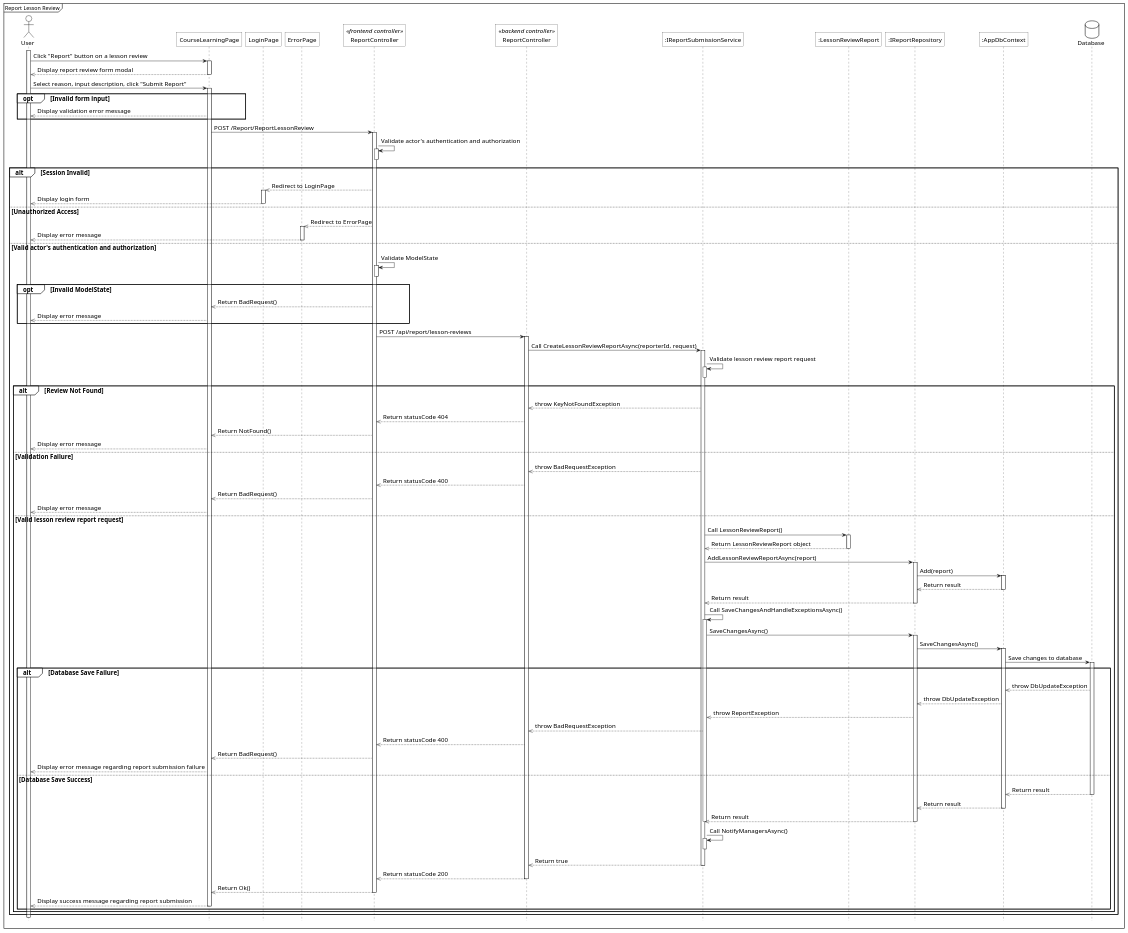
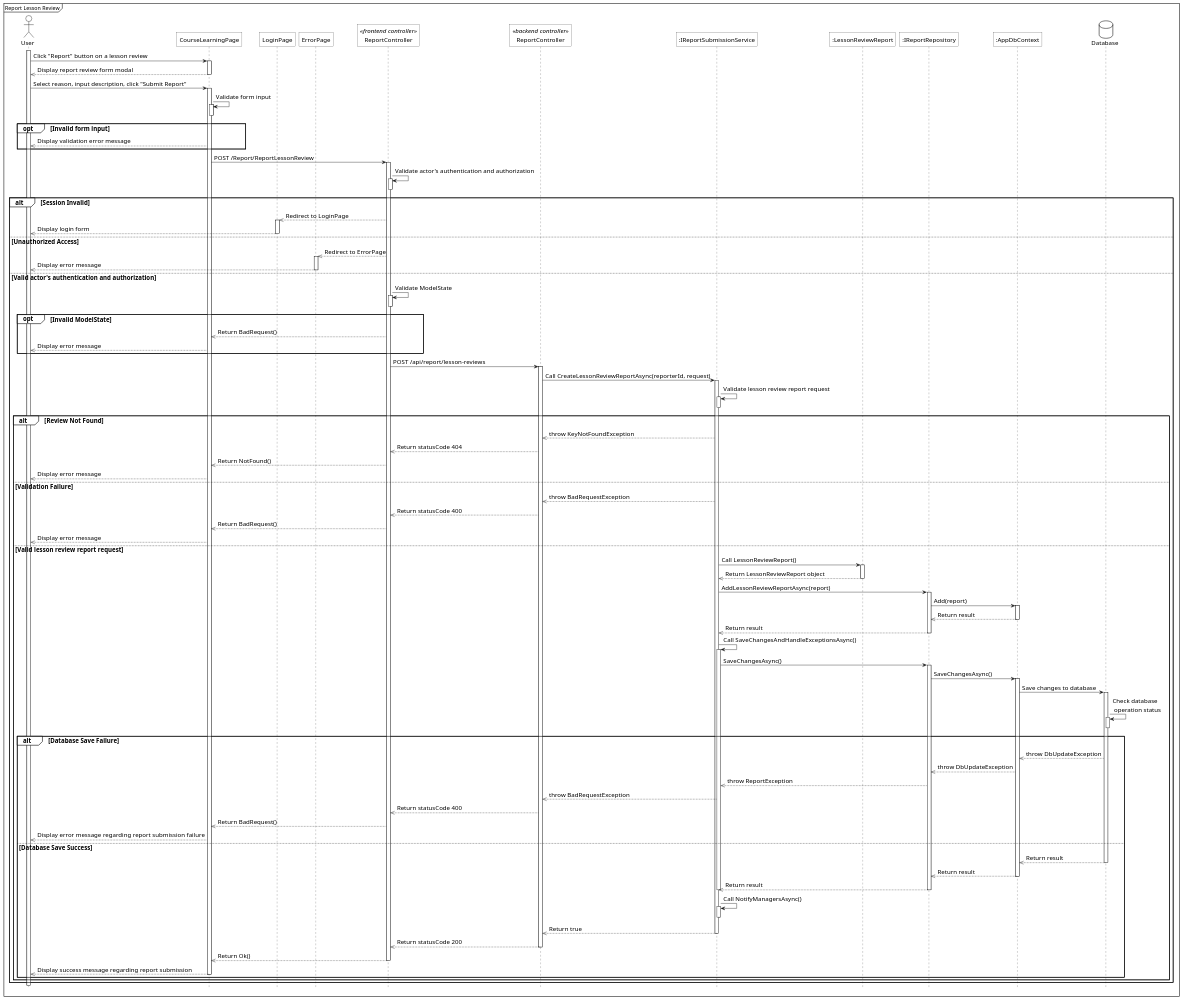
Before and after one commit to 1000do/Linked: the diagram in diagrams/sequence/report/report_a_review/sq_report_lesson_review.plantuml, drawn with PlantUML. The commit also changed 22 other files, not shown here.

Commit message:
update sequence of report, models, publish course

```diff
--- a/diagrams/sequence/report/report_a_review/sq_report_lesson_review.plantuml
+++ b/diagrams/sequence/report/report_a_review/sq_report_lesson_review.plantuml
@@ -1,142 +1,144 @@
 @startuml 
 <style>
     sequenceDiagram{
         FontSize 16
 
         arrow {
             ' Set the maximum width of the text on arrows
             MaximumWidth 300
 
         }
         actor{
             BackgroundColor white
             LineThickness 1.0
         }
         participant{
             BackgroundColor white
             RoundCorner 0
         }
         database{
             BackgroundColor white
         }
         groupHeader{
             BackgroundColor white
         }
         referenceHeader{
             BackgroundColor white
         }
         reference{
             BackgroundColor white
         }
     }
 </style>
 
 hide footbox
 mainframe Report Lesson Review
 
 actor User as act
 participant "CourseLearningPage" as view
 participant "LoginPage" as login_view
 participant "ErrorPage" as error_view
 participant "ReportController" as fe_ctrl <<frontend controller>>
 participant "ReportController" as be_ctrl <<backend controller>>
 participant ":IReportSubmissionService" as sv
 participant ":LessonReviewReport" as ett
 participant ":IReportRepository" as repo
 participant ":AppDbContext" as ctx
 database Database as db
 
 act ++
 act -> view++: Click "Report" button on a lesson review
 view -->> act: Display report review form modal
 view--
 
 act -> view++: Select reason, input description, click "Submit Report"
-
+view -> view++: Validate form input
+view--
 opt Invalid form input
     view -->> act: Display validation error message
 end
 
 view -> fe_ctrl++: POST /Report/ReportLessonReview
 
 fe_ctrl -> fe_ctrl++: Validate actor's authentication and authorization
 fe_ctrl--
 
 alt Session Invalid
     fe_ctrl -->> login_view: Redirect to LoginPage
     activate login_view
     login_view -->> act--: Display login form
 else Unauthorized Access
     fe_ctrl -->> error_view: Redirect to ErrorPage
     activate error_view
     error_view -->> act--: Display error message
 else Valid actor's authentication and authorization
     fe_ctrl -> fe_ctrl++: Validate ModelState
     fe_ctrl--
     
     opt Invalid ModelState
         fe_ctrl -->> view: Return BadRequest()
         view -->> act: Display error message
     end
 
     fe_ctrl -> be_ctrl++: POST /api/report/lesson-reviews
     be_ctrl -> sv++: Call CreateLessonReviewReportAsync(reporterId, request)
     
     sv -> sv++: Validate lesson review report request
     sv--
     
     alt Review Not Found
         sv -->> be_ctrl: throw KeyNotFoundException
         be_ctrl -->> fe_ctrl: Return statusCode 404
         fe_ctrl -->> view: Return NotFound()
         view -->> act: Display error message
     else Validation Failure
         sv -->> be_ctrl: throw BadRequestException
         be_ctrl -->> fe_ctrl: Return statusCode 400
         fe_ctrl -->> view: Return BadRequest()
         view -->> act: Display error message
     else Valid lesson review report request
         sv -> ett++: Call LessonReviewReport()
         ett -->> sv--: Return LessonReviewReport object
 
         sv -> repo++: AddLessonReviewReportAsync(report)
         repo -> ctx++: Add(report)
         ctx -->> repo: Return result
         ctx--
         repo -->> sv: Return result
         repo--
         
         sv -> sv++: Call SaveChangesAndHandleExceptionsAsync()
         sv -> repo++: SaveChangesAsync()
         repo -> ctx++: SaveChangesAsync()
         ctx -> db++: Save changes to database
-        
+        db -> db++: Check database\n operation status
+        db--
         alt Database Save Failure
             db -->> ctx: throw DbUpdateException
             ctx -->> repo: throw DbUpdateException
             repo -->> sv: throw ReportException
             sv -->> be_ctrl: throw BadRequestException
             be_ctrl -->> fe_ctrl: Return statusCode 400
             fe_ctrl -->> view: Return BadRequest()
             view -->> act: Display error message regarding report submission failure
         else Database Save Success
             db -->> ctx: Return result
             db--
             ctx -->> repo: Return result
             ctx--
             repo -->> sv: Return result
             repo--
             sv--
             
             sv -> sv++: Call NotifyManagersAsync()
             sv--
             
             sv -->> be_ctrl: Return true
             sv--
             be_ctrl -->> fe_ctrl--: Return statusCode 200
             fe_ctrl -->> view--: Return Ok()
             view -->> act--: Display success message regarding report submission
         end
     end
 end
 @enduml
```
